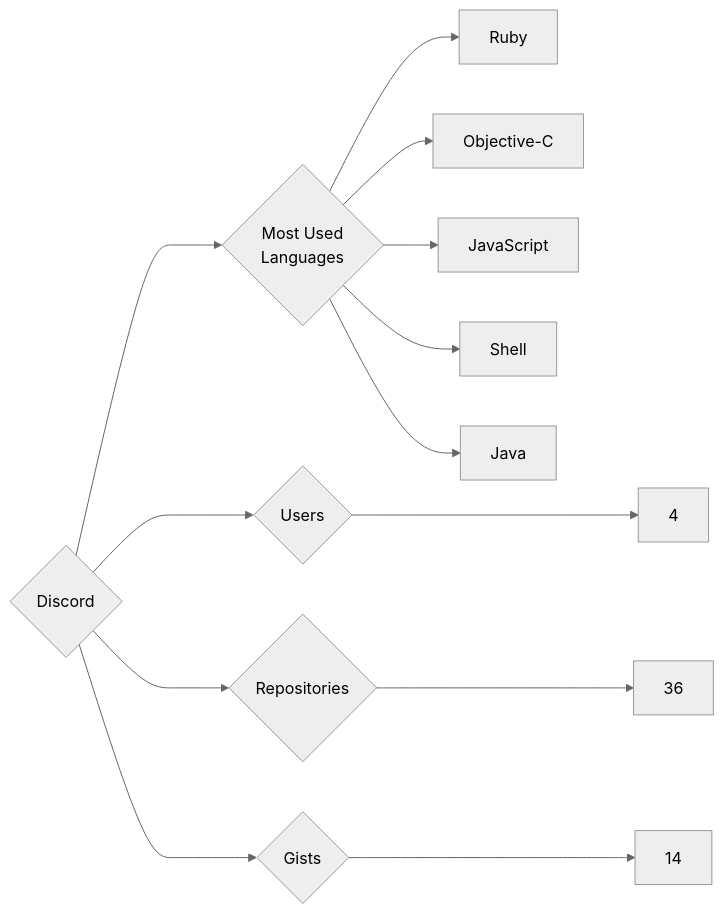
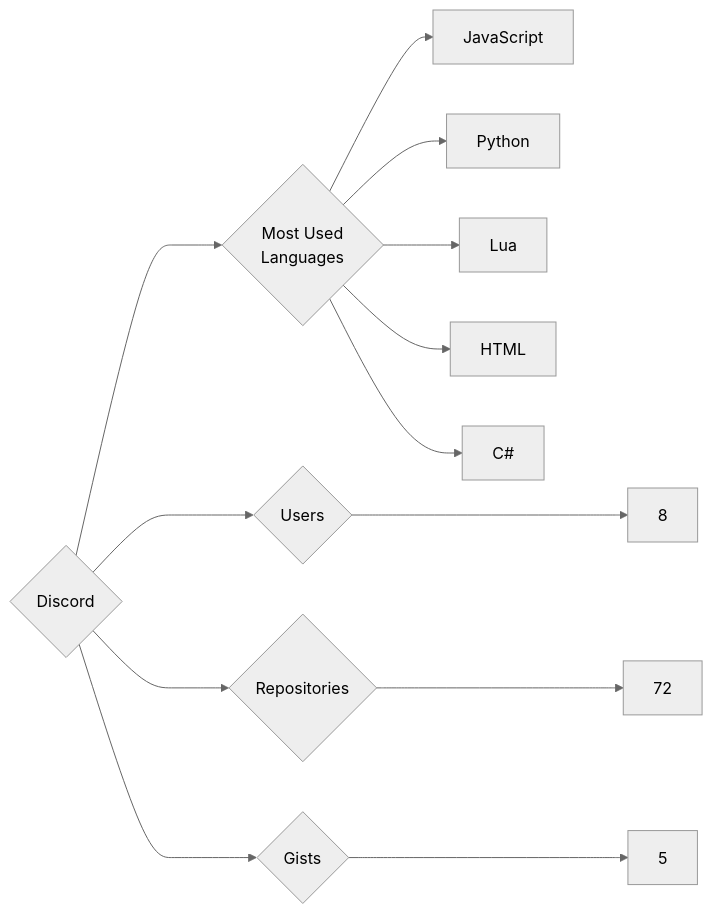
The diagram in targets/Discord/README.md (trickest/insiders), drawn with Mermaid (neutral theme) before and after one commit. The commit also changed 1149 other files, not shown here.

````diff
--- a/targets/Discord/README.md
+++ b/targets/Discord/README.md
@@ -3,13 +3,13 @@
 ```mermaid
 graph LR
 COMPANY_NAME{Discord}
-COMPANY_NAME ---> U{Users} ---> UN[4]
-COMPANY_NAME ---> R{Repositories} ---> RN[36]
-COMPANY_NAME ---> G{Gists} ---> GN[14]
+COMPANY_NAME ---> U{Users} ---> UN[8]
+COMPANY_NAME ---> R{Repositories} ---> RN[72]
+COMPANY_NAME ---> G{Gists} ---> GN[5]
 COMPANY_NAME ---> ML{Most Used<br>Languages}
-ML --> Ruby[Ruby]
-ML --> Objective-C[Objective-C]
 ML --> JavaScript[JavaScript]
-ML --> Shell[Shell]
-ML --> Java[Java]
+ML --> Python[Python]
+ML --> Lua[Lua]
+ML --> HTML[HTML]
+ML --> C#[C#]
 ```
````
